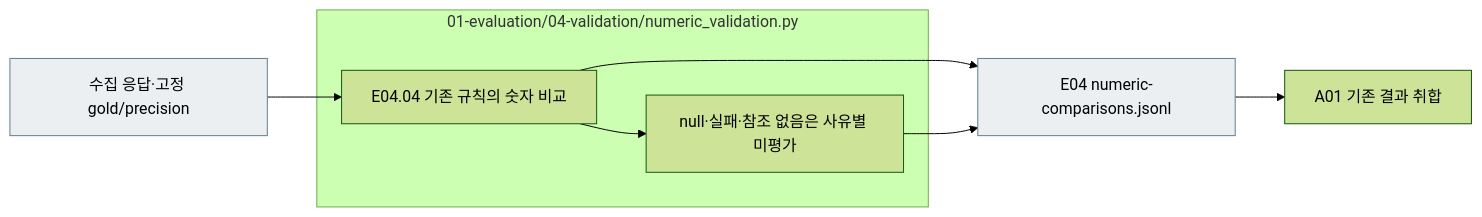
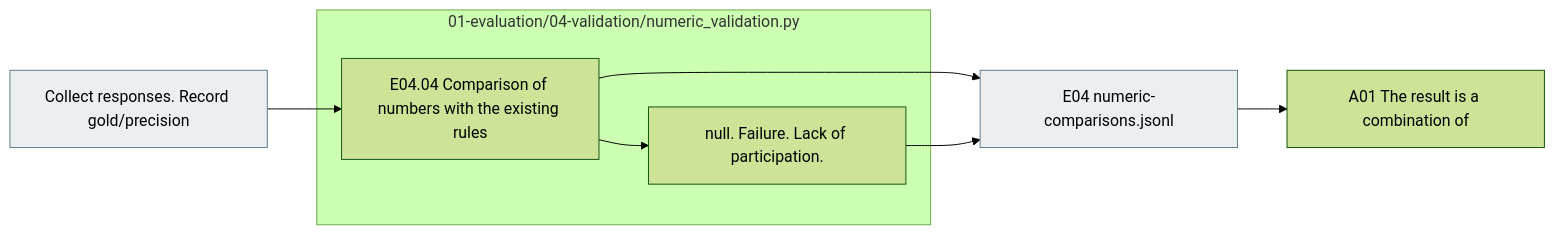
The second of 2 diagrams in src/finarch/documentation/templates/stages/02-experiments/01_evaluation/04_validation/README.md (pnu-clink/finject), drawn with Mermaid (forest theme) before and after one commit. The commit also changed other lines of this file and 644 other files, not shown here.

````diff
--- a/src/finarch/documentation/templates/stages/02-experiments/01_evaluation/04_validation/README.md
+++ b/src/finarch/documentation/templates/stages/02-experiments/01_evaluation/04_validation/README.md
@@ -57,13 +57,13 @@
 ```mermaid
 flowchart LR
- I["수집 응답·고정 gold/precision"]
+ I["Collect responses. Record gold/precision"]
  subgraph numeric["01-evaluation/04-validation/numeric_validation.py"]
-  N["E04.04 기존 규칙의 숫자 비교"] --> U["null·실패·참조 없음은 사유별 미평가"]
+  N["E04.04 Comparison of numbers with the existing rules"] --> U["null. Failure. Lack of participation."]
  end
  I --> N
  N --> R["E04 numeric-comparisons.jsonl"]
  U --> R
- R --> A["A01 기존 결과 취합"]
+ R --> A["A01 The result is a combination of"]
  classDef file fill:#eceff1,stroke:#607d8b;
  class I,R file;
 ```
````
